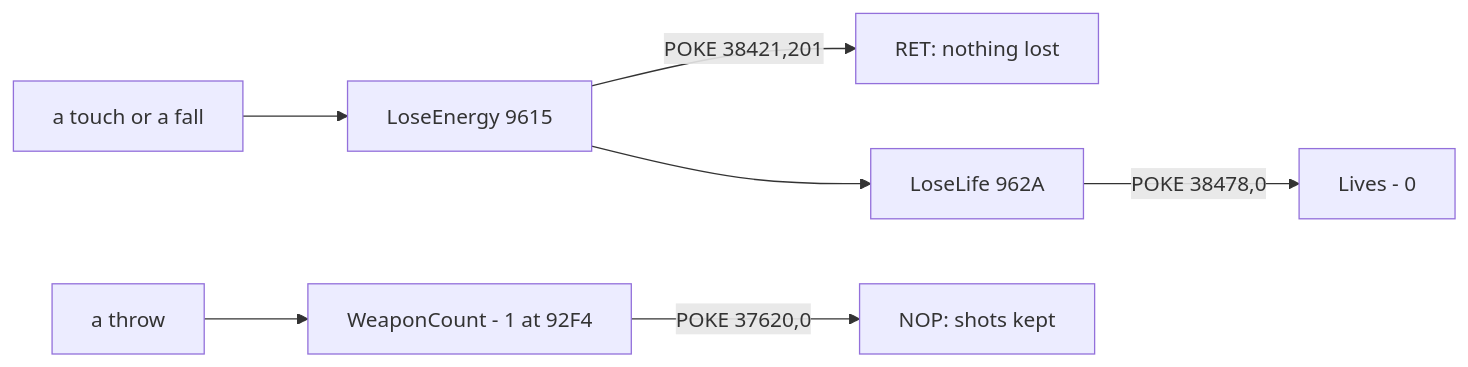
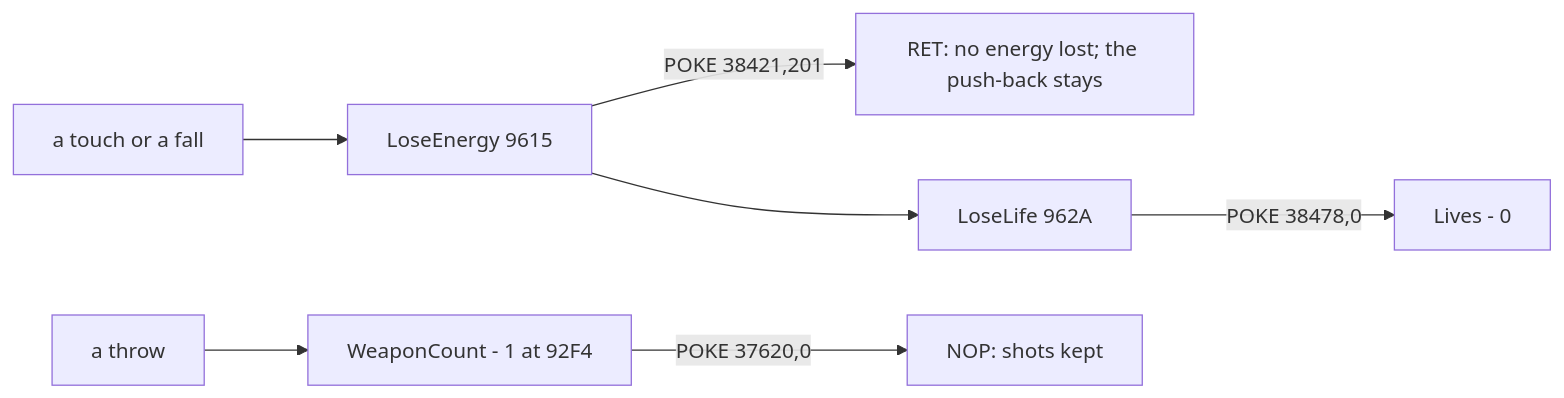
One commit to alfishe/unrealng-reverse-cases changed diagram 15 of 15 in games/switchblade/docs/10-gameplay-logic.md. Above: the diagram before and after it, drawn with Mermaid. The commit also changed other lines of this file and 47 other files, not shown here.

````diff
--- a/games/switchblade/docs/10-gameplay-logic.md
+++ b/games/switchblade/docs/10-gameplay-logic.md
@@ -2145,9 +2203,9 @@
 ```mermaid
 flowchart LR
     H["a touch or a fall"] --> LE["LoseEnergy 9615"]
-    LE -->|"POKE 38421,201"| X["RET: nothing lost"]
+    LE -->|"POKE 38421,201"| X["RET: no energy lost; the push-back stays"]
     LE --> LL["LoseLife 962A"]
     LL -->|"POKE 38478,0"| L0["Lives - 0"]
     A["a throw"] --> W["WeaponCount - 1 at 92F4"]
     W -->|"POKE 37620,0"| W0["NOP: shots kept"]
 ```
````
